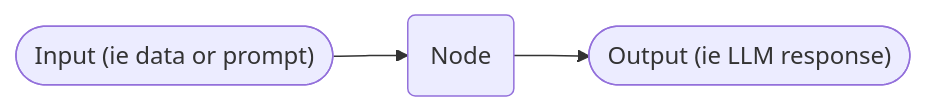
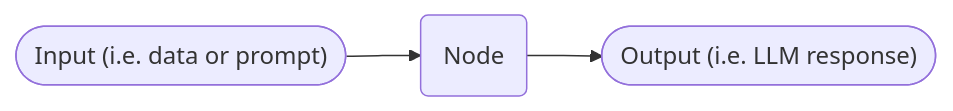
The diagram in docs/concepts/pipelines/nodes.md (dimagi/open-chat-studio-docs), drawn with Mermaid before and after one commit. The commit also changed other lines of this file, not shown here.

````diff
--- a/docs/concepts/pipelines/nodes.md
+++ b/docs/concepts/pipelines/nodes.md
@@ -5,5 +5,5 @@
 ```mermaid
 graph LR
-  A@{ shape: stadium, label: "Input (ie data or prompt)" } --> B(Node);
-  B --> C@{ shape: stadium, label: "Output (ie LLM response)" };
+  A@{ shape: stadium, label: "Input (i.e. data or prompt)" } --> B(Node);
+  B --> C@{ shape: stadium, label: "Output (i.e. LLM response)" };
 ```
````
